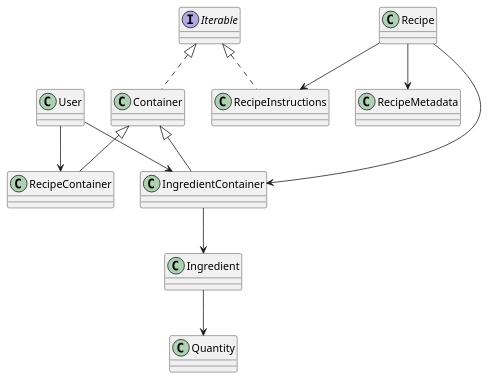
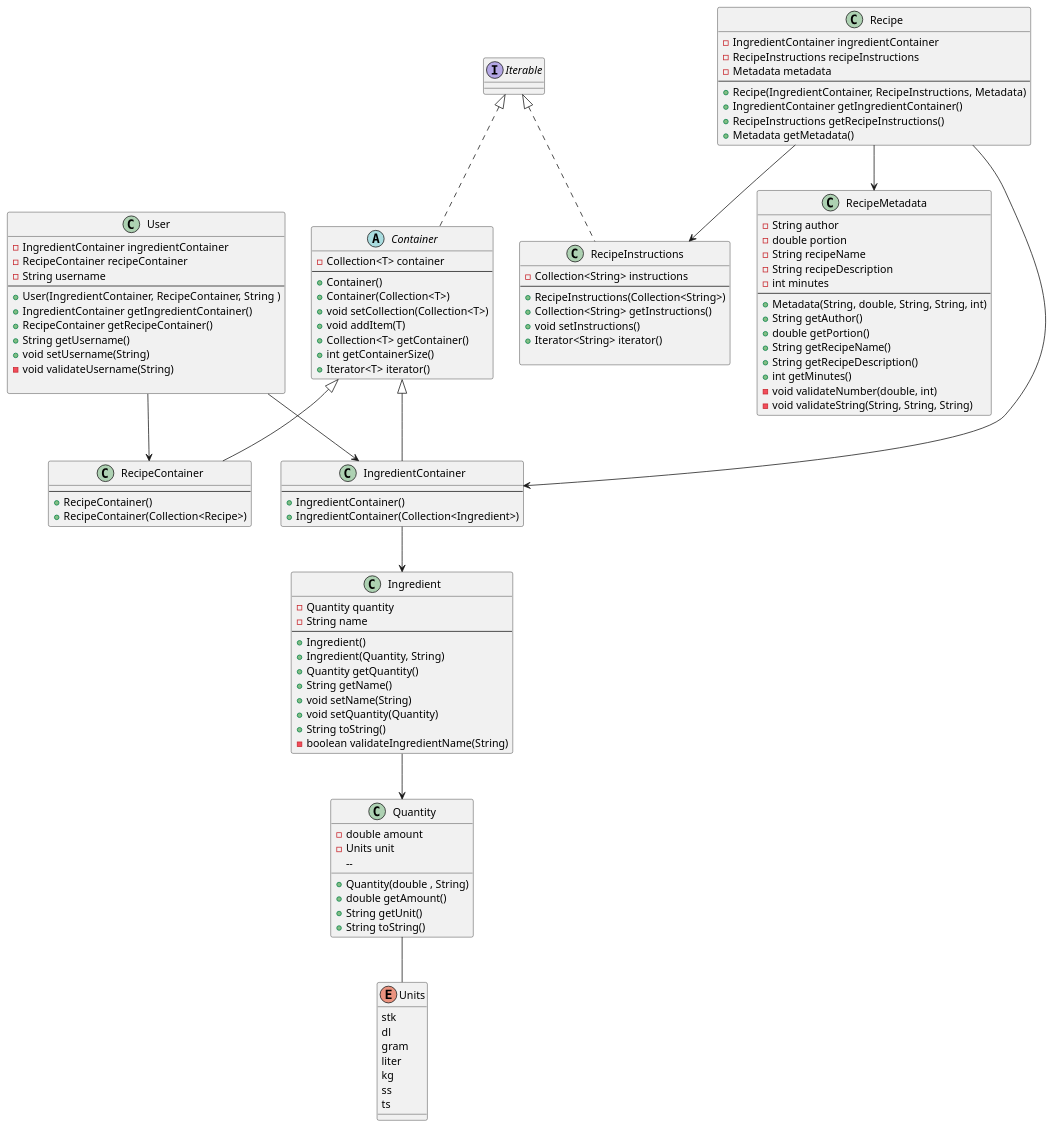
One commit to joonerik/dinnerium changed the diagram in documentation/diagrams/class_diagram.puml. Above: the diagram before and after it, drawn with PlantUML.

Commit message:
complete class diagram

```diff
--- a/documentation/diagrams/class_diagram.puml
+++ b/documentation/diagrams/class_diagram.puml
@@ -1,52 +1,127 @@
 @startuml sequence_diagram
 class Recipe {
-    
+    - IngredientContainer ingredientContainer
+    - RecipeInstructions recipeInstructions
+    - Metadata metadata
+    --
+    + Recipe(IngredientContainer, RecipeInstructions, Metadata)
+    + IngredientContainer getIngredientContainer()
+    + RecipeInstructions getRecipeInstructions()
+    + Metadata getMetadata()
 }
 
 class Quantity {
-    
+    - double amount
+    - Units unit
+    -- 
+    + Quantity(double , String)
+    + double getAmount()
+    + String getUnit()
+    + String toString()
+}
+
+enum Units {
+    stk
+    dl
+    gram
+    liter
+    kg
+    ss
+    ts
 }
 
 class Ingredient {
-    
+    - Quantity quantity
+    - String name
+    --
+    + Ingredient()
+    + Ingredient(Quantity, String)
+    + Quantity getQuantity()
+    + String getName()
+    + void setName(String)
+    + void setQuantity(Quantity)
+    + String toString()
+    - boolean validateIngredientName(String)
 }
 
-class Container {
-    
+abstract class Container {
+  - Collection<T> container
+  --
+  + Container()
+  + Container(Collection<T>) 
+  + void setCollection(Collection<T>)
+  + void addItem(T)  
+  + Collection<T> getContainer()
+  + int getContainerSize()
+  + Iterator<T> iterator()
 }
 
 class IngredientContainer {
-    
+    --
+    + IngredientContainer()
+    + IngredientContainer(Collection<Ingredient>)
 }
 
 class RecipeContainer {
-
+    --
+    + RecipeContainer()
+    + RecipeContainer(Collection<Recipe>)
 }
 
 class RecipeInstructions {
+    - Collection<String> instructions
+    --
+    + RecipeInstructions(Collection<String>)
+    + Collection<String> getInstructions()
+    + void setInstructions()
+    + Iterator<String> iterator()
     
 }
 
 class RecipeMetadata {
-    
+    - String author
+    - double portion
+    - String recipeName
+    - String recipeDescription
+    - int minutes
+    --
+    + Metadata(String, double, String, String, int)
+    + String getAuthor()
+    + double getPortion()
+    + String getRecipeName()
+    + String getRecipeDescription()
+    + int getMinutes()
+    - void validateNumber(double, int)
+    - void validateString(String, String, String)
 }
 
 class User {
-    
+    - IngredientContainer ingredientContainer
+    - RecipeContainer recipeContainer
+    - String username
+    --
+    + User(IngredientContainer, RecipeContainer, String )
+    + IngredientContainer getIngredientContainer()
+    + RecipeContainer getRecipeContainer()
+    + String getUsername()
+    + void setUsername(String)
+    - void validateUsername(String)
+
 }
 
 interface Iterable
 interface Iterable
 
 User --> RecipeContainer
 User --> IngredientContainer
 Recipe --> IngredientContainer
 Recipe --> RecipeInstructions
 Recipe --> RecipeMetadata
 IngredientContainer --> Ingredient
 Ingredient --> Quantity
-class Container implements Iterable
+Quantity -- Units
+abstract class Container implements Iterable
 class RecipeInstructions implements Iterable
 class RecipeContainer extends Container
 class IngredientContainer extends Container
 @enduml
```
